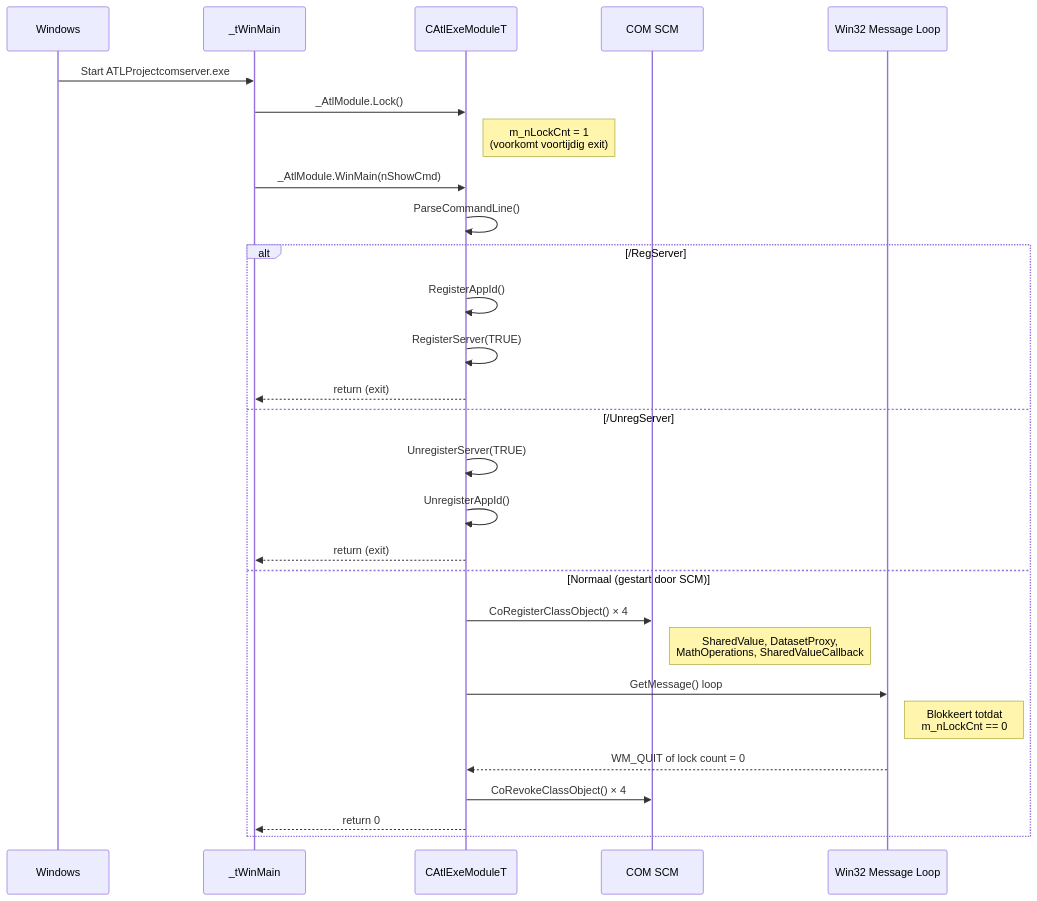
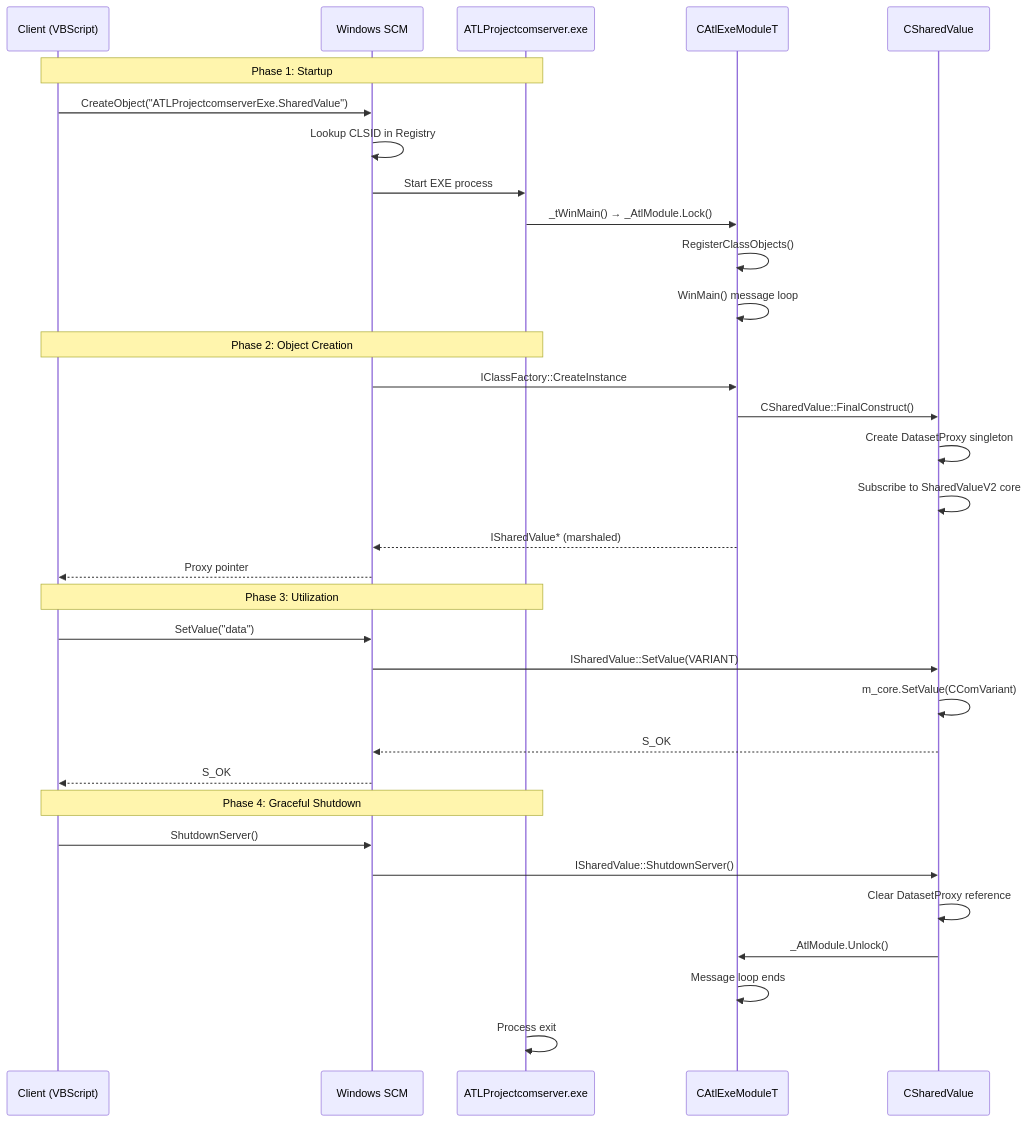
Before and after one commit to snodeplannen/sharedvar: the third of 20 diagrams in ATLProjectcomserverExe/ARCHITECTURE.md, drawn with Mermaid. The commit also changed other lines of this file and 90 other files, not shown here.

````diff
--- a/ATLProjectcomserverExe/ARCHITECTURE.md
+++ b/ATLProjectcomserverExe/ARCHITECTURE.md
@@ -365,35 +134,39 @@
 ```mermaid
 sequenceDiagram
-    participant OS as Windows
-    participant MAIN as _tWinMain
-    participant MOD as CAtlExeModuleT
-    participant SCM as COM SCM
-    participant MSGLOOP as Win32 Message Loop
+    participant Client as Client (VBScript)
+    participant SCM as Windows SCM
+    participant EXE as ATLProjectcomserver.exe
+    participant Module as CAtlExeModuleT
+    participant SV as CSharedValue
 
-    OS->>MAIN: Start ATLProjectcomserver.exe
-    MAIN->>MOD: _AtlModule.Lock()
-    Note right of MOD: m_nLockCnt = 1<br/>(voorkomt voortijdig exit)
-    
-    MAIN->>MOD: _AtlModule.WinMain(nShowCmd)
-    MOD->>MOD: ParseCommandLine()
-    
-    alt /RegServer
-        MOD->>MOD: RegisterAppId()
-        MOD->>MOD: RegisterServer(TRUE)
-        MOD-->>MAIN: return (exit)
-    else /UnregServer
-        MOD->>MOD: UnregisterServer(TRUE)
-        MOD->>MOD: UnregisterAppId()
-        MOD-->>MAIN: return (exit)
-    else Normaal (gestart door SCM)
-        MOD->>SCM: CoRegisterClassObject() × 4
-        Note right of SCM: SharedValue, DatasetProxy,<br/>MathOperations, SharedValueCallback
-        
-        MOD->>MSGLOOP: GetMessage() loop
-        Note right of MSGLOOP: Blokkeert totdat<br/>m_nLockCnt == 0
-        
-        MSGLOOP-->>MOD: WM_QUIT of lock count = 0
-        MOD->>SCM: CoRevokeClassObject() × 4
-        MOD-->>MAIN: return 0
-    end
+    Note over Client,EXE: Phase 1: Startup
+    Client->>SCM: CreateObject("ATLProjectcomserverExe.SharedValue")
+    SCM->>SCM: Lookup CLSID in Registry
+    SCM->>EXE: Start EXE process
+    EXE->>Module: _tWinMain() → _AtlModule.Lock()
+    Module->>Module: RegisterClassObjects()
+    Module->>Module: WinMain() message loop
+
+    Note over Client,EXE: Phase 2: Object Creation
+    SCM->>Module: IClassFactory::CreateInstance
+    Module->>SV: CSharedValue::FinalConstruct()
+    SV->>SV: Create DatasetProxy singleton
+    SV->>SV: Subscribe to SharedValueV2 core
+    Module-->>SCM: ISharedValue* (marshaled)
+    SCM-->>Client: Proxy pointer
+
+    Note over Client,EXE: Phase 3: Utilization
+    Client->>SCM: SetValue("data")
+    SCM->>SV: ISharedValue::SetValue(VARIANT)
+    SV->>SV: m_core.SetValue(CComVariant)
+    SV-->>SCM: S_OK
+    SCM-->>Client: S_OK
+
+    Note over Client,EXE: Phase 4: Graceful Shutdown
+    Client->>SCM: ShutdownServer()
+    SCM->>SV: ISharedValue::ShutdownServer()
+    SV->>SV: Clear DatasetProxy reference
+    SV->>Module: _AtlModule.Unlock()
+    Module->>Module: Message loop ends
+    EXE->>EXE: Process exit
 ```
````
